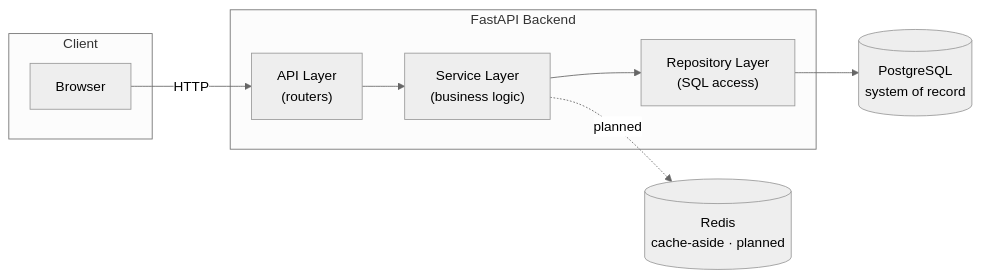
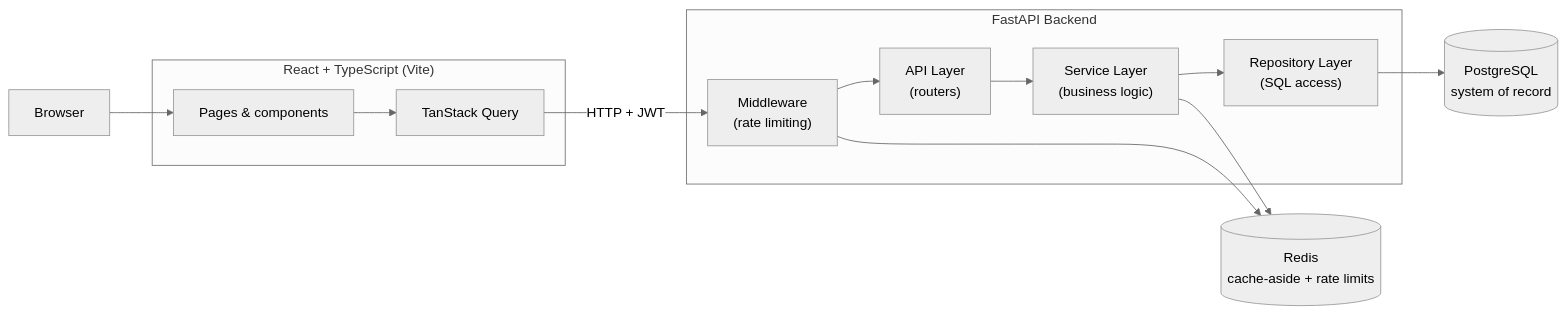
Before and after one commit to mahadabbasi19/URL-Shortner-Analytics: the first of 5 diagrams in README.md, drawn with Mermaid (neutral theme). The commit also changed other lines of this file and 42 other files, not shown here.

````diff
--- a/README.md
+++ b/README.md
@@ -80,21 +86,29 @@
 ```mermaid
 flowchart LR
-    subgraph Client
-        Browser
+    Browser["Browser"]
+
+    subgraph Frontend["React + TypeScript (Vite)"]
+        UI["Pages & components"]
+        RQ["TanStack Query"]
     end
 
     subgraph Backend["FastAPI Backend"]
+        MW["Middleware\n(rate limiting)"]
         API["API Layer\n(routers)"]
         SVC["Service Layer\n(business logic)"]
         REPO["Repository Layer\n(SQL access)"]
     end
 
-    Redis[(Redis\ncache-aside · planned)]
+    Redis[(Redis\ncache-aside + rate limits)]
     PG[(PostgreSQL\nsystem of record)]
 
-    Browser -->|HTTP| API
+    Browser --> UI
+    UI --> RQ
+    RQ -->|HTTP + JWT| MW
+    MW --> API
     API --> SVC
     SVC --> REPO
     REPO --> PG
-    SVC -.->|planned| Redis
+    SVC --> Redis
+    MW --> Redis
 ```
````
